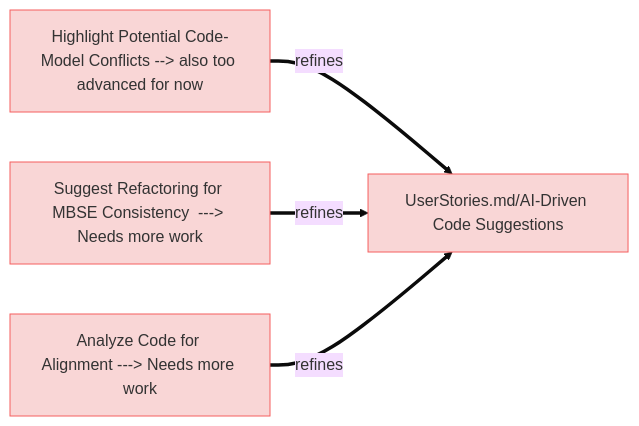
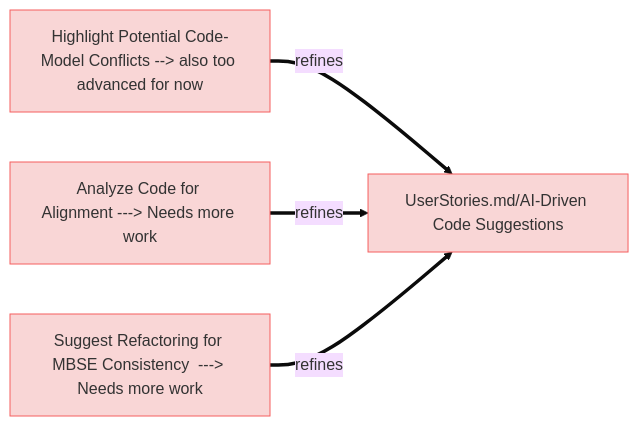
The fifth of 10 diagrams in specifications/UserRequirements.md (reqvire-org/reqvire), drawn with Mermaid (base theme) before and after one commit. The commit also changed other lines of this file and 8 other files, not shown here.

Commit message:
DIagrams Update.

````diff
--- a/specifications/UserRequirements.md
+++ b/specifications/UserRequirements.md
@@ -444,24 +453,24 @@
 ```mermaid
 graph LR;
   %% Graph styling
   classDef requirement fill:#f9d6d6,stroke:#f55f5f,stroke-width:1px;
   classDef verification fill:#d6f9d6,stroke:#5fd75f,stroke-width:1px;
   classDef externalLink fill:#d0e0ff,stroke:#3080ff,stroke-width:1px;
   classDef default fill:#f5f5f5,stroke:#333333,stroke-width:1px;
 
   c6d300e51a["Highlight Potential Code-Model Conflicts --> also too advanced for now"];
   click c6d300e51a "UserRequirements.md#highlight-potential-code-model-conflicts--->-also-too-advanced-for-now";
   class c6d300e51a requirement;
   a4657fca5a["UserStories.md/AI-Driven Code Suggestions"];
   class a4657fca5a requirement;
   click a4657fca5a "UserStories.md#ai-driven-code-suggestions";
   c6d300e51a ==>|refines| a4657fca5a;
+  e19f1380d9["Analyze Code for Alignment ---> Needs more work"];
+  click e19f1380d9 "UserRequirements.md#analyze-code-for-alignment---->-needs-more-work";
+  class e19f1380d9 requirement;
+  e19f1380d9 ==>|refines| a4657fca5a;
   71ba0e325e["Suggest Refactoring for MBSE Consistency  ---> Needs more work"];
   click 71ba0e325e "UserRequirements.md#suggest-refactoring-for-mbse-consistency----->-needs-more-work";
   class 71ba0e325e requirement;
   71ba0e325e ==>|refines| a4657fca5a;
-  e19f1380d9["Analyze Code for Alignment ---> Needs more work"];
-  click e19f1380d9 "UserRequirements.md#analyze-code-for-alignment---->-needs-more-work";
-  class e19f1380d9 requirement;
-  e19f1380d9 ==>|refines| a4657fca5a;
 ```
````
